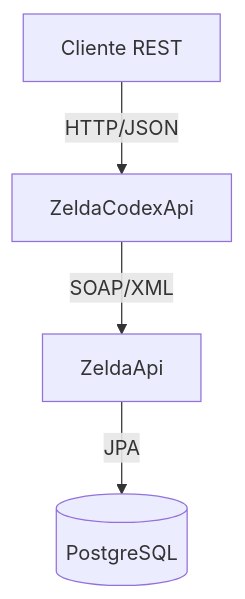
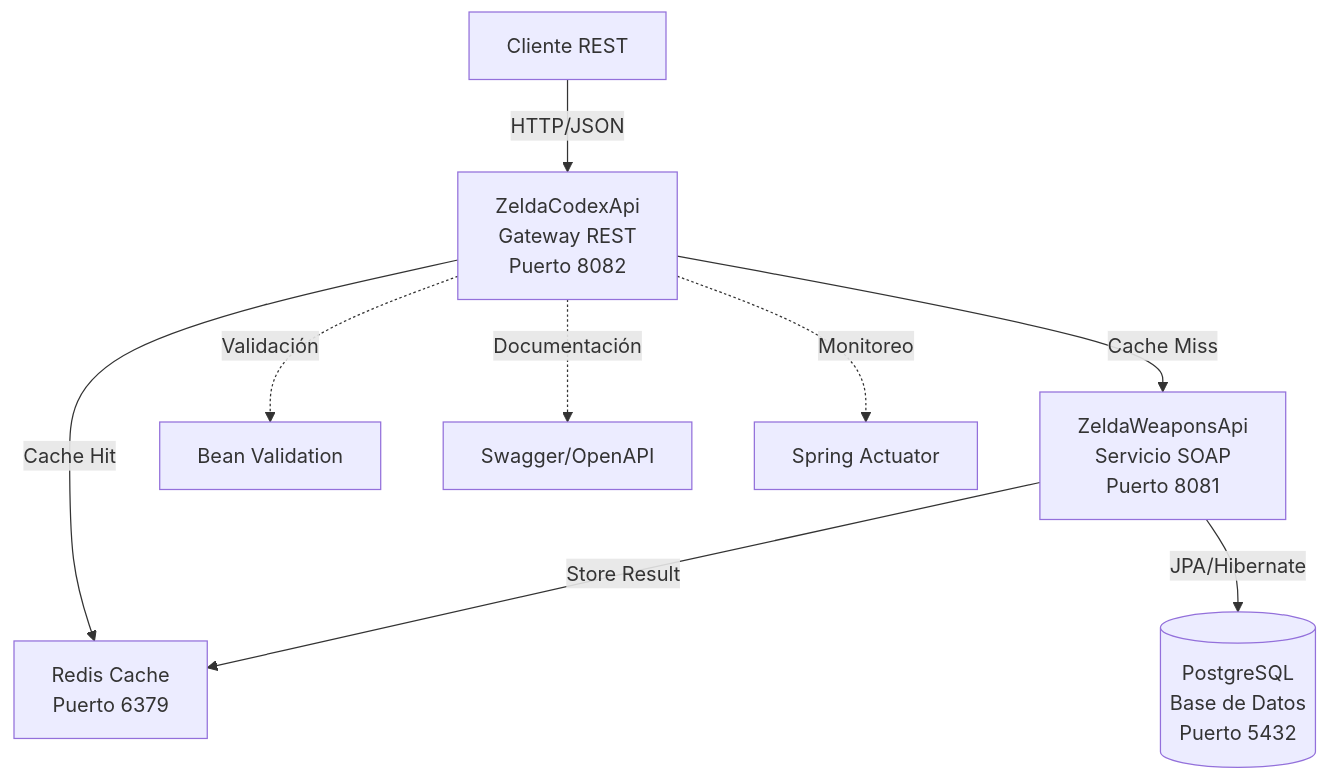
The diagram in ZeldaCodexApi/README.md (Demonik-Argo23/distributed-systems-class), drawn with Mermaid before and after one commit. The commit also changed other lines of this file and 52 other files, not shown here.

````diff
--- a/ZeldaCodexApi/README.md
+++ b/ZeldaCodexApi/README.md
@@ -9,6 +43,12 @@
 ```mermaid
 graph TD
-    A[Cliente REST] -->|HTTP/JSON| B[ZeldaCodexApi]
-    B -->|SOAP/XML| C[ZeldaApi]
-    C -->|JPA| D[(PostgreSQL)]
+    A[Cliente REST] -->|HTTP/JSON| B[ZeldaCodexApi<br/>Gateway REST<br/>Puerto 8082]
+    B -->|Cache Hit| H[Redis Cache<br/>Puerto 6379]
+    B -->|Cache Miss| C[ZeldaWeaponsApi<br/>Servicio SOAP<br/>Puerto 8081]
+    C -->|JPA/Hibernate| D[(PostgreSQL<br/>Base de Datos<br/>Puerto 5432)]
+    C -->|Store Result| H
+    
+    B -.->|Validación| E[Bean Validation]
+    B -.->|Documentación| F[Swagger/OpenAPI]
+    B -.->|Monitoreo| G[Spring Actuator]
 ```
````
